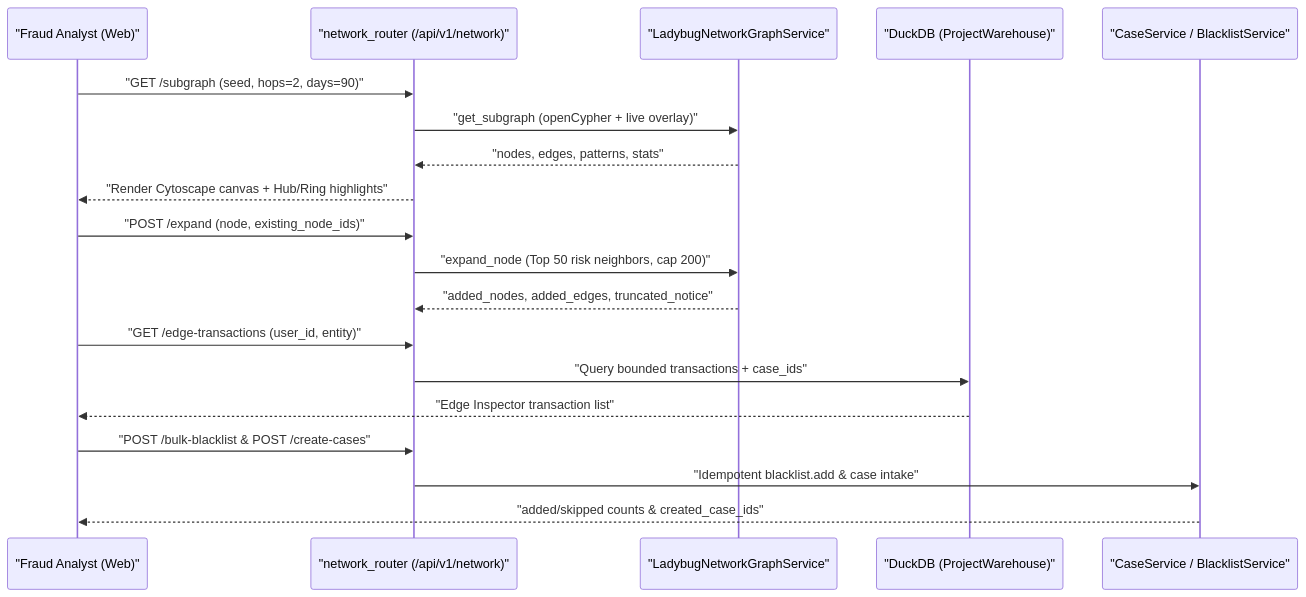
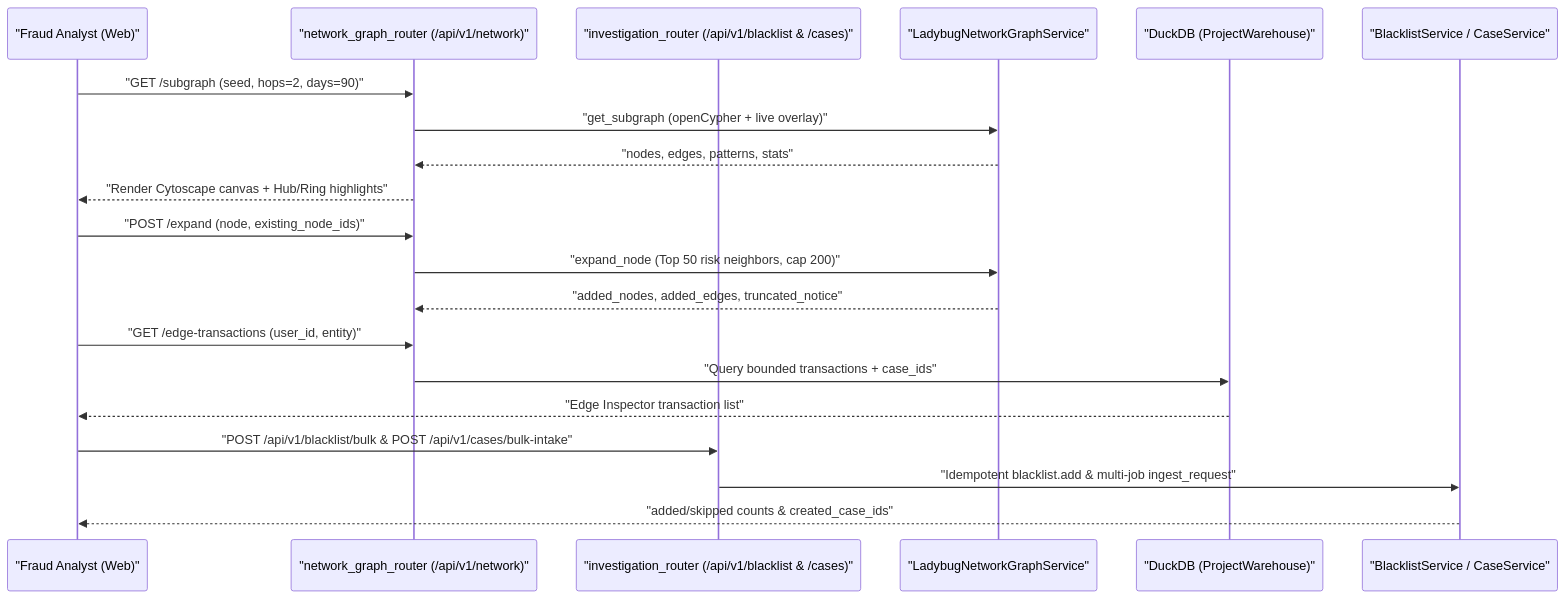
The third of 3 diagrams in .plan/graph_exploration.md (pqkkkkk/usfds), drawn with Mermaid before and after one commit. The commit also changed other lines of this file and 41 other files, not shown here.

Commit message:
feat(investigation): implement LadybugDB network graph exploration and bulk actions (ISS-041)

````diff
--- a/.plan/graph_exploration.md
+++ b/.plan/graph_exploration.md
@@ -45,25 +88,26 @@
 ```mermaid
 sequenceDiagram
     participant Analyst as "Fraud Analyst (Web)"
-    participant API as "network_router (/api/v1/network)"
+    participant NetAPI as "network_graph_router (/api/v1/network)"
+    participant InvAPI as "investigation_router (/api/v1/blacklist & /cases)"
     participant Graph as "LadybugNetworkGraphService"
     participant Duck as "DuckDB (ProjectWarehouse)"
-    participant CaseBL as "CaseService / BlacklistService"
+    participant CaseBL as "BlacklistService / CaseService"
 
-    Analyst->>API: "GET /subgraph (seed, hops=2, days=90)"
-    API->>Graph: "get_subgraph (openCypher + live overlay)"
-    Graph-->>API: "nodes, edges, patterns, stats"
-    API-->>Analyst: "Render Cytoscape canvas + Hub/Ring highlights"
+    Analyst->>NetAPI: "GET /subgraph (seed, hops=2, days=90)"
+    NetAPI->>Graph: "get_subgraph (openCypher + live overlay)"
+    Graph-->>NetAPI: "nodes, edges, patterns, stats"
+    NetAPI-->>Analyst: "Render Cytoscape canvas + Hub/Ring highlights"
 
-    Analyst->>API: "POST /expand (node, existing_node_ids)"
-    API->>Graph: "expand_node (Top 50 risk neighbors, cap 200)"
-    Graph-->>API: "added_nodes, added_edges, truncated_notice"
+    Analyst->>NetAPI: "POST /expand (node, existing_node_ids)"
+    NetAPI->>Graph: "expand_node (Top 50 risk neighbors, cap 200)"
+    Graph-->>NetAPI: "added_nodes, added_edges, truncated_notice"
 
-    Analyst->>API: "GET /edge-transactions (user_id, entity)"
-    API->>Duck: "Query bounded transactions + case_ids"
+    Analyst->>NetAPI: "GET /edge-transactions (user_id, entity)"
+    NetAPI->>Duck: "Query bounded transactions + case_ids"
     Duck-->>Analyst: "Edge Inspector transaction list"
 
-    Analyst->>API: "POST /bulk-blacklist & POST /create-cases"
-    API->>CaseBL: "Idempotent blacklist.add & case intake"
+    Analyst->>InvAPI: "POST /api/v1/blacklist/bulk & POST /api/v1/cases/bulk-intake"
+    InvAPI->>CaseBL: "Idempotent blacklist.add & multi-job ingest_request"
     CaseBL-->>Analyst: "added/skipped counts & created_case_ids"
 ```
````
